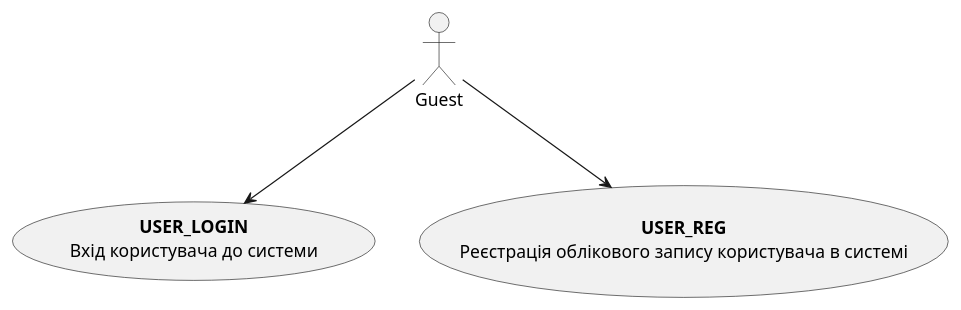
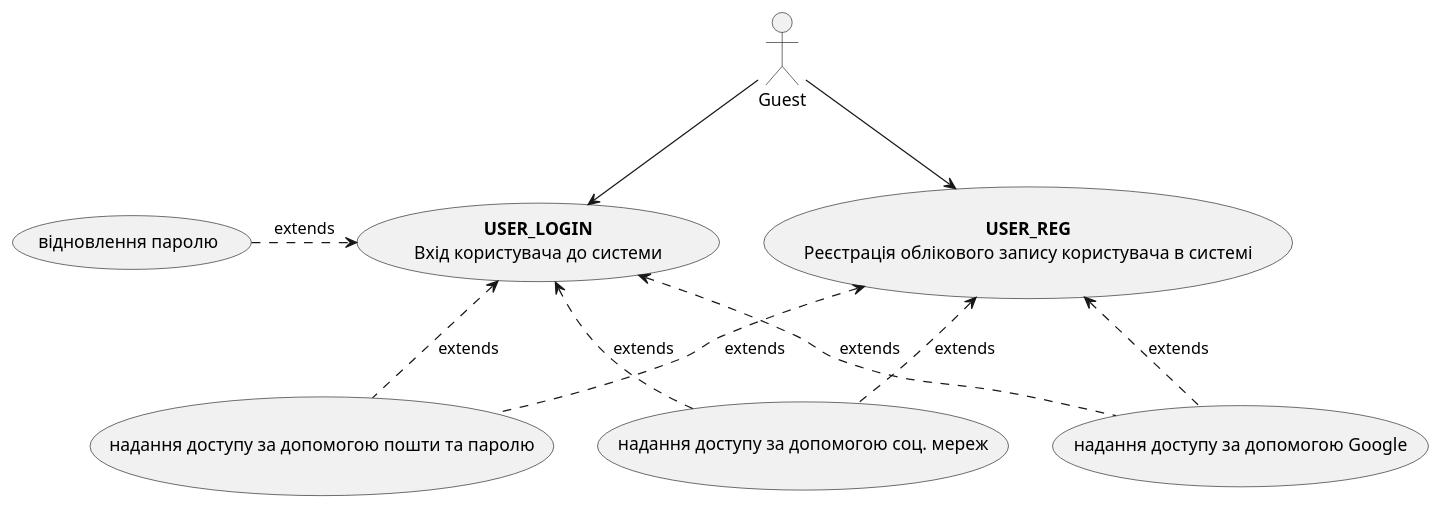
The second of 17 diagrams in docs/use_cases.md (zhkcll/lab6), drawn with PlantUML before and after one commit. The commit also changed other lines of this file, not shown here.

````diff
--- a/docs/use_cases.md
+++ b/docs/use_cases.md
@@ -50,12 +53,26 @@
 ```plantuml
 @startuml
 
     actor "Guest" as Guest
 
     usecase "<b>USER_LOGIN</b>\nВхід користувача до системи" as UC_1
     usecase "<b>USER_REG</b>\nРеєстрація облікового запису користувача в системі" as UC_2
+    usecase "надання доступу за допомогою пошти та паролю" as UC_3
+    usecase "надання доступу за допомогою Google" as UC_4
+    usecase "надання доступу за допомогою соц. мереж" as UC_5
+    usecase "відновлення паролю" as UC_6
 
     Guest -d-> UC_1
     Guest -d-> UC_2
+
+    UC_3 .u.> UC_1 : extends
+    UC_4 .u.> UC_1 : extends
+    UC_5 .u.> UC_1 : extends
+    UC_3 .u.> UC_2 : extends
+    UC_4 .u.> UC_2 : extends
+    UC_5 .u.> UC_2 : extends
+    UC_6 .r.> UC_1 : extends
+
+
 @enduml
 ```
````
